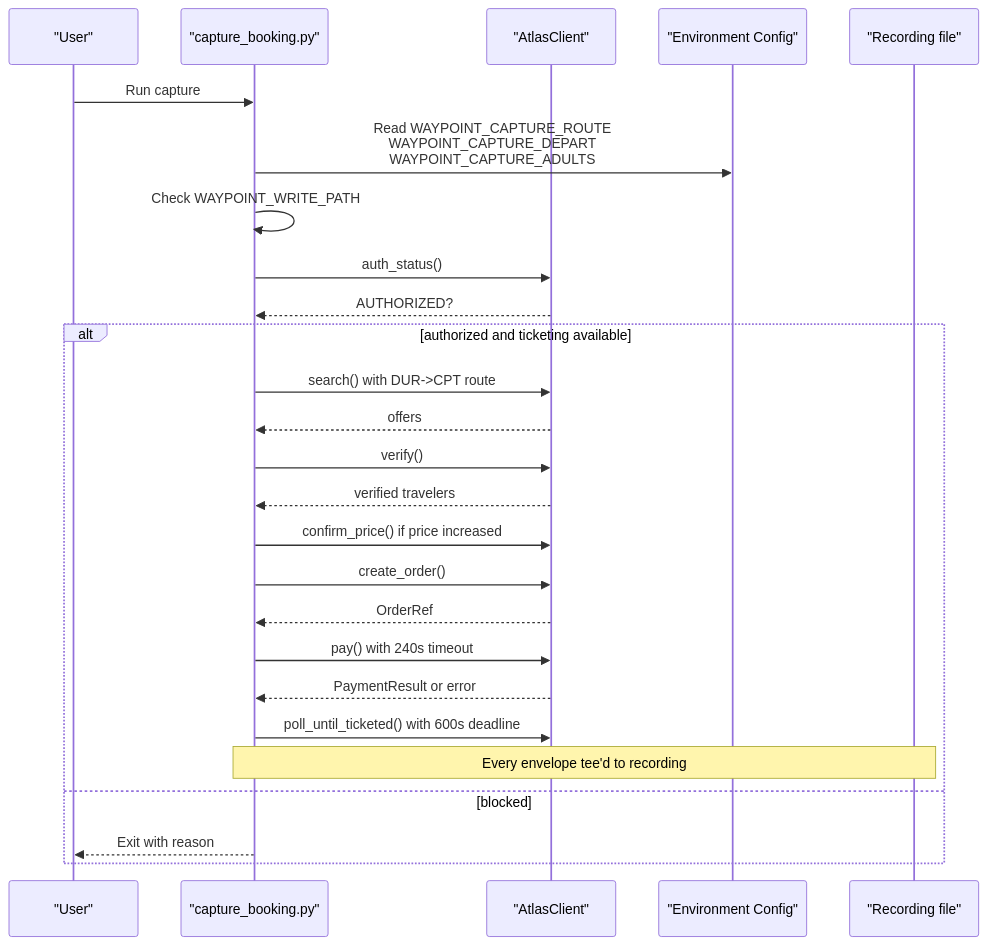
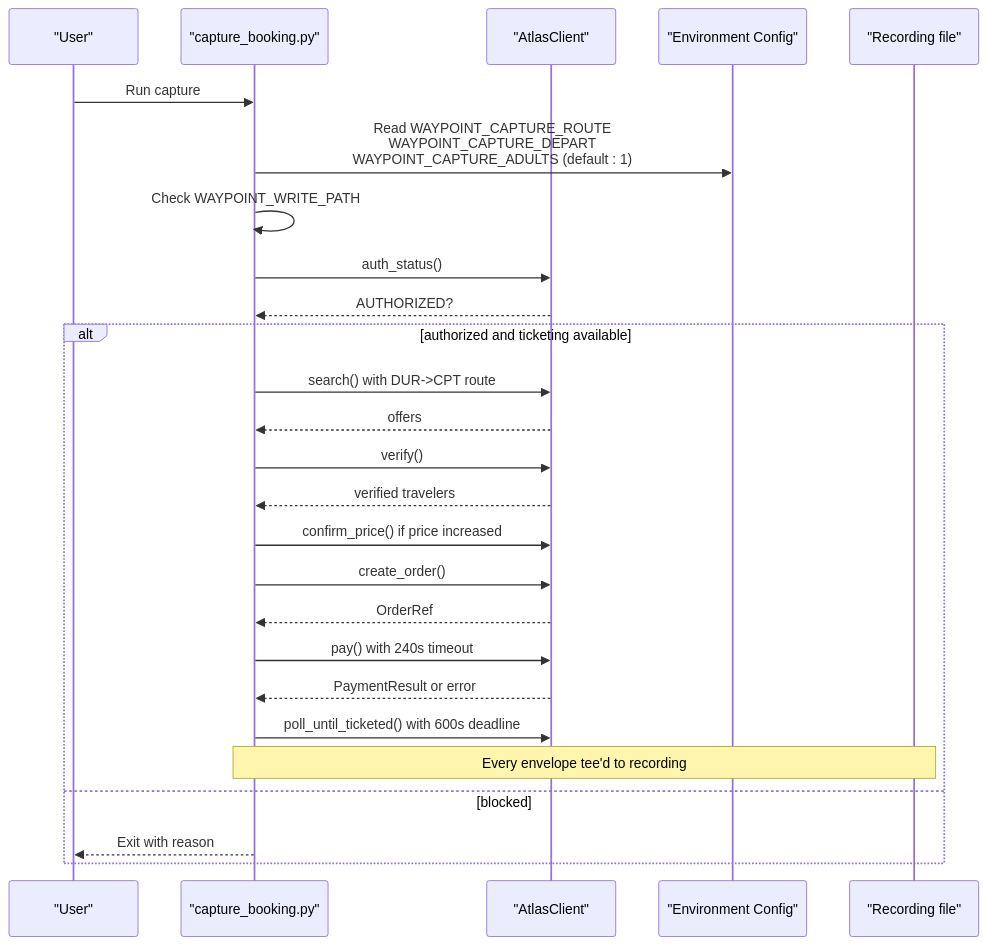
The fourth of 7 diagrams in .qoder/repowiki/en/content/Atlas Integration/Recorded Mode Engine.md (jaydonnnk/waypoint), drawn with Mermaid before and after one commit. The commit also changed other lines of this file and 9 other files, not shown here.

````diff
--- a/.qoder/repowiki/en/content/Atlas Integration/Recorded Mode Engine.md
+++ b/.qoder/repowiki/en/content/Atlas Integration/Recorded Mode Engine.md
@@ -244,28 +250,28 @@
 ```mermaid
 sequenceDiagram
 participant User as "User"
 participant Cap as "capture_booking.py"
 participant AC as "AtlasClient"
 participant Env as "Environment Config"
 participant Rec as "Recording file"
 User->>Cap : Run capture
-Cap->>Env : Read WAYPOINT_CAPTURE_ROUTE<br/>WAYPOINT_CAPTURE_DEPART<br/>WAYPOINT_CAPTURE_ADULTS
+Cap->>Env : Read WAYPOINT_CAPTURE_ROUTE<br/>WAYPOINT_CAPTURE_DEPART<br/>WAYPOINT_CAPTURE_ADULTS (default : 1)
 Cap->>Cap : Check WAYPOINT_WRITE_PATH
 Cap->>AC : auth_status()
 AC-->>Cap : AUTHORIZED?
 alt authorized and ticketing available
 Cap->>AC : search() with DUR->CPT route
 AC-->>Cap : offers
 Cap->>AC : verify()
 AC-->>Cap : verified travelers
 Cap->>AC : confirm_price() if price increased
 Cap->>AC : create_order()
 AC-->>Cap : OrderRef
 Cap->>AC : pay() with 240s timeout
 AC-->>Cap : PaymentResult or error
 Cap->>AC : poll_until_ticketed() with 600s deadline
 Note over Cap,Rec : Every envelope tee'd to recording
 else blocked
 Cap-->>User : Exit with reason
 end
 ```
````
